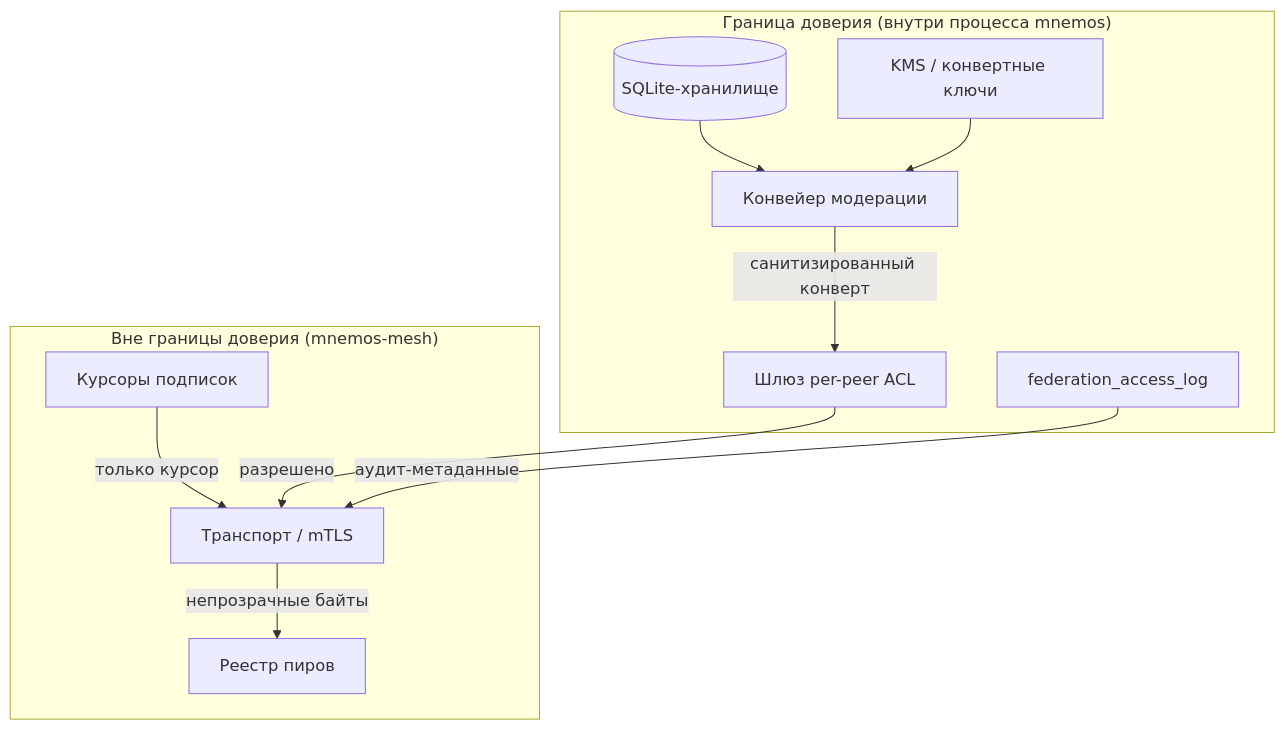
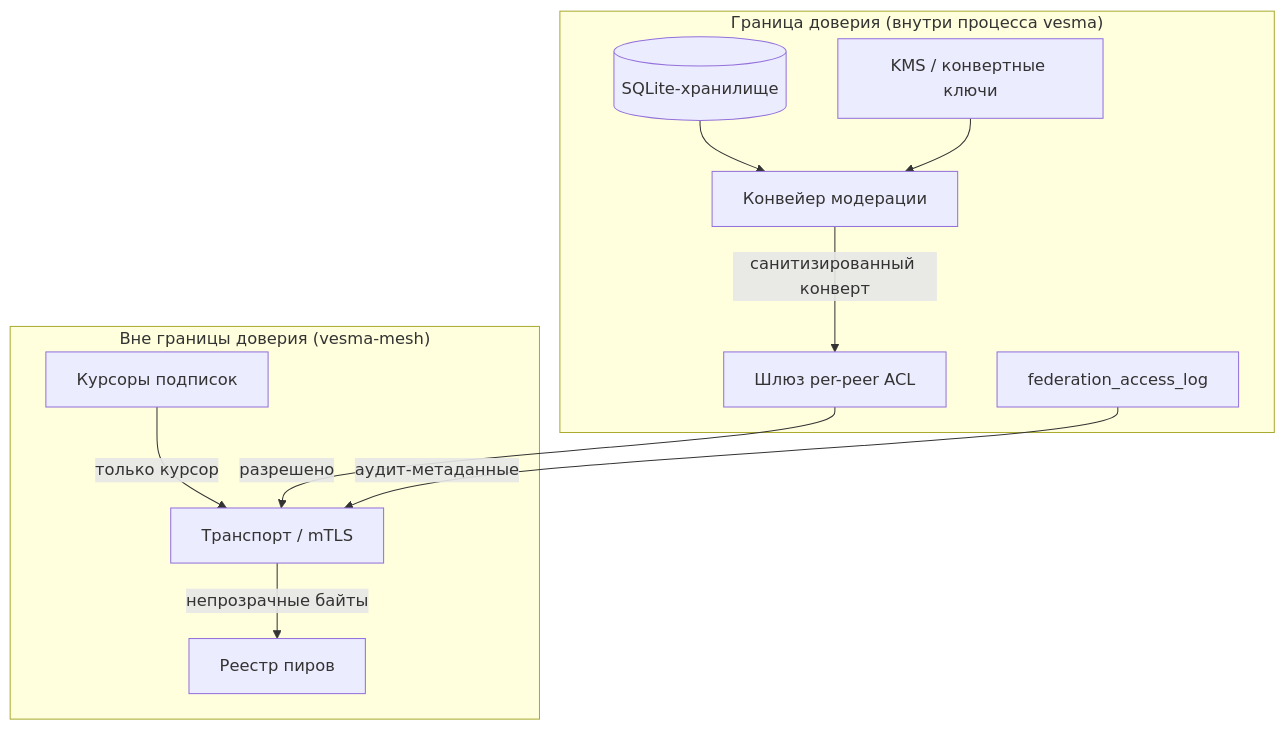
Before and after one commit to vesmaro/vesma-eyes: the first of 2 diagrams in viewer/src/features/docs/content/upstream/mnemos-mesh/ru/admin/security.md, drawn with Mermaid. The commit also changed other lines of this file and 65 other files, not shown here.

````diff
--- a/viewer/src/features/docs/content/upstream/mnemos-mesh/ru/admin/security.md
+++ b/viewer/src/features/docs/content/upstream/mnemos-mesh/ru/admin/security.md
@@ -34,22 +34,22 @@
 ```mermaid
 flowchart TB
-    subgraph TRUST["Граница доверия (внутри процесса mnemos)"]
+    subgraph TRUST["Граница доверия (внутри процесса vesma)"]
         STORE[(SQLite-хранилище)]
         KMS[KMS / конвертные ключи]
         MOD[Конвейер модерации]
         ACL[Шлюз per-peer ACL]
         ACCESSLOG[federation_access_log]
     end
-    subgraph OUT["Вне границы доверия (mnemos-mesh)"]
+    subgraph OUT["Вне границы доверия (vesma-mesh)"]
         PEERREG[Реестр пиров]
         TRANS[Транспорт / mTLS]
         SUB[Курсоры подписок]
     end
     STORE --> MOD
     KMS --> MOD
     MOD -->|санитизированный конверт| ACL
     ACL -->|разрешено| TRANS
     TRANS -->|непрозрачные байты| PEERREG
     SUB -->|только курсор| TRANS
     ACCESSLOG -->|аудит-метаданные| TRANS
 ```
````
